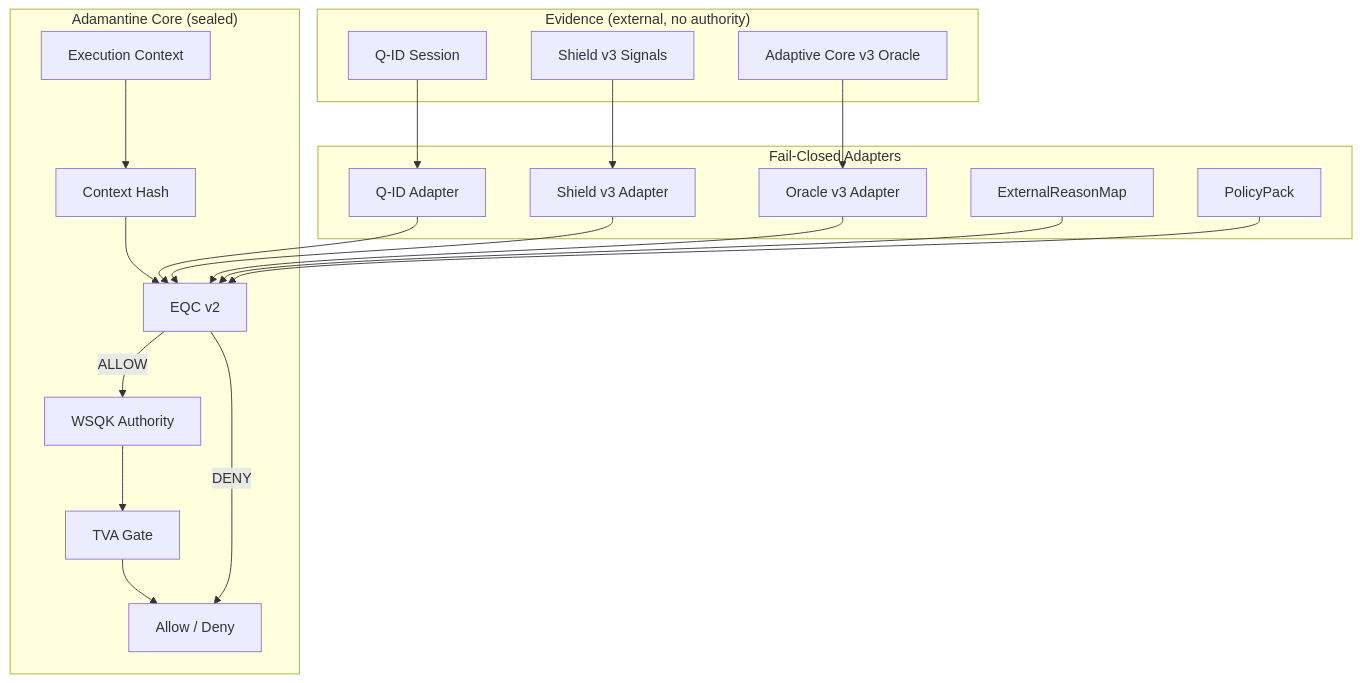
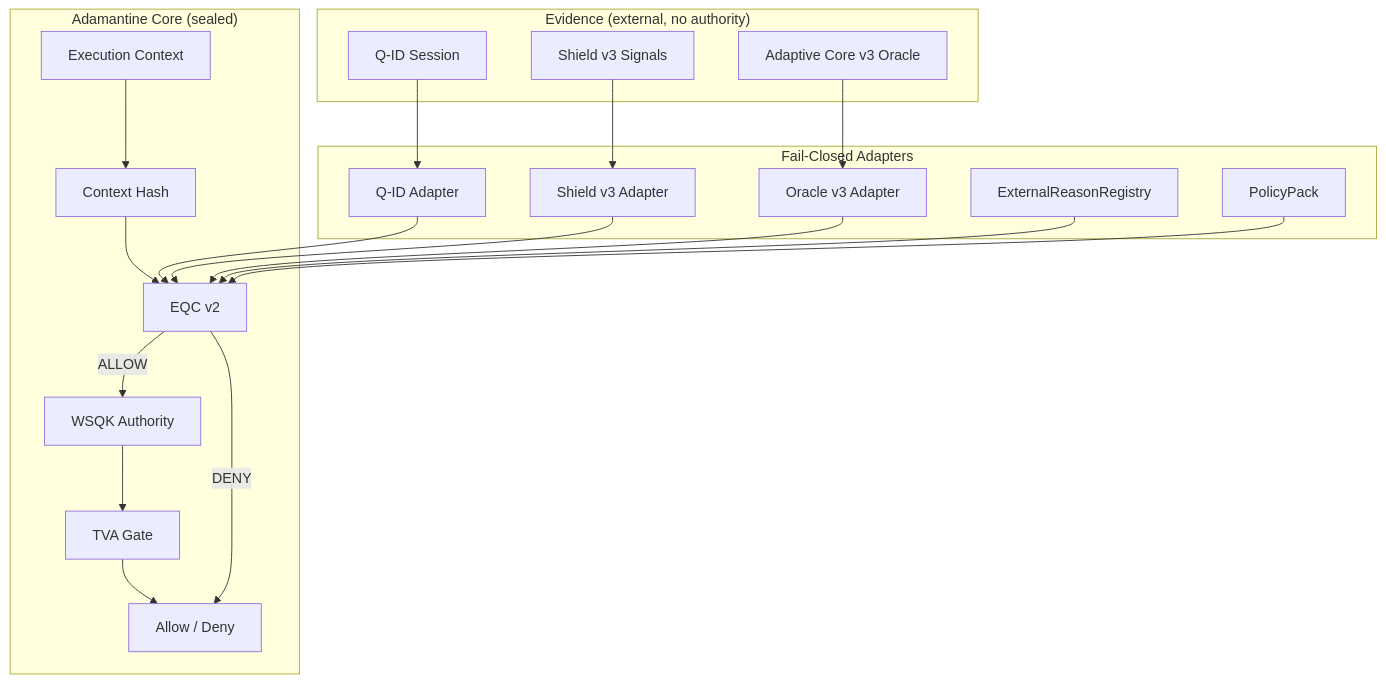
The diagram in README.md (DarekDGB/DigiByte-AdamantineOS), drawn with Mermaid before and after one commit. The commit also changed other lines of this file, not shown here.

````diff
--- a/README.md
+++ b/README.md
@@ -77,40 +81,40 @@
-```mermaid
+``` mermaid
 flowchart TD
   subgraph Evidence["Evidence (external, no authority)"]
     QID["Q-ID Session"]
     SHIELD["Shield v3 Signals"]
     ORACLE["Adaptive Core v3 Oracle"]
   end
 
   subgraph Adapters["Fail-Closed Adapters"]
     QIDA["Q-ID Adapter"]
     SHAD["Shield v3 Adapter"]
     ORAD["Oracle v3 Adapter"]
-    MAP["ExternalReasonMap"]
+    REG["ExternalReasonRegistry"]
     PACK["PolicyPack"]
   end
 
   subgraph Core["Adamantine Core (sealed)"]
     CTX["Execution Context"]
     HASH["Context Hash"]
     EQC["EQC v2"]
     WSQK["WSQK Authority"]
     TVA["TVA Gate"]
     DEC["Allow / Deny"]
   end
 
   QID --> QIDA
   SHIELD --> SHAD
   ORACLE --> ORAD
 
-  MAP --> EQC
+  REG --> EQC
   PACK --> EQC
 
   CTX --> HASH --> EQC
   QIDA --> EQC
   SHAD --> EQC
   ORAD --> EQC
 
   EQC -->|ALLOW| WSQK --> TVA --> DEC
   EQC -->|DENY| DEC
 ```
````
